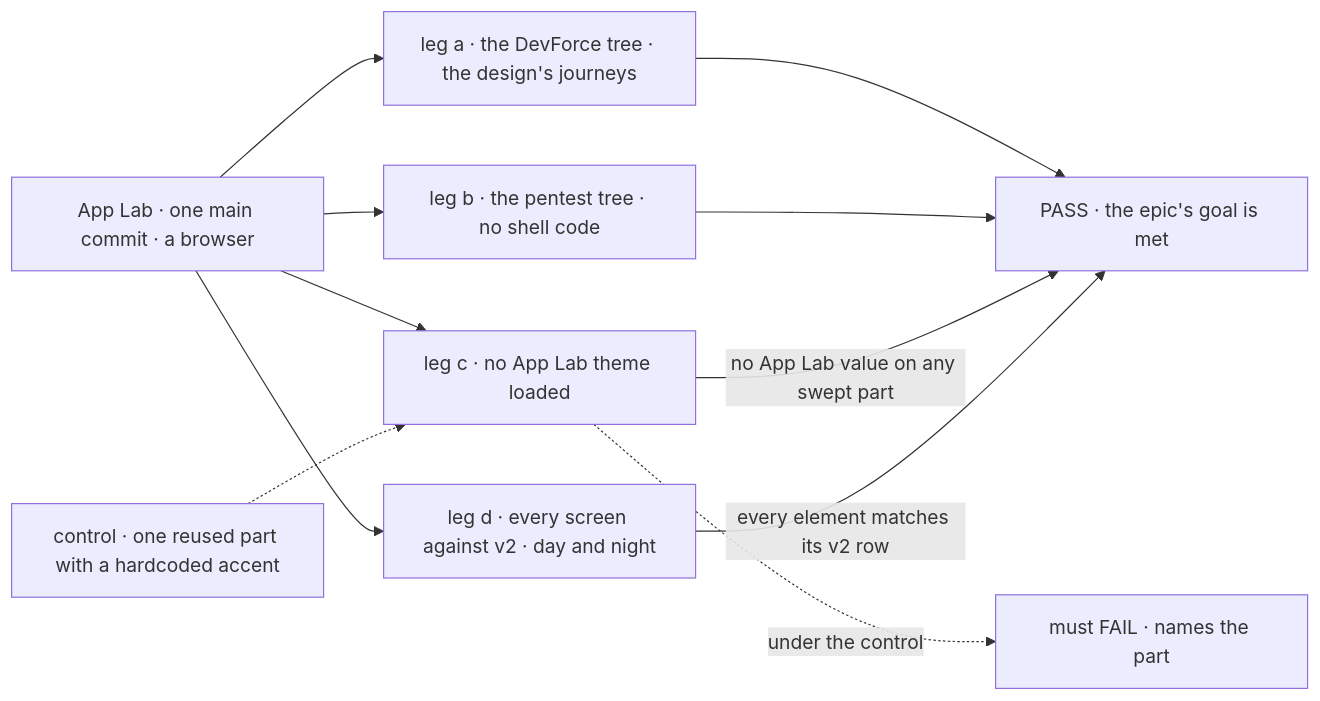
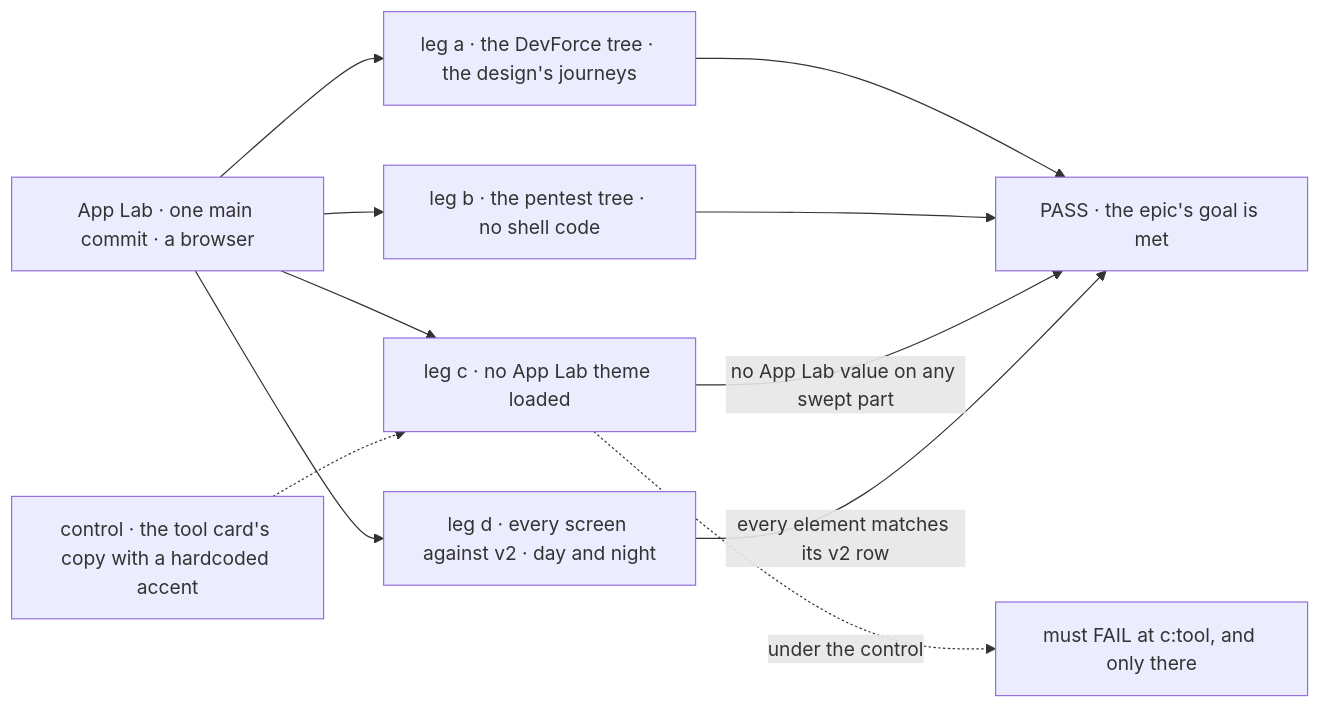
The first of 2 diagrams in specs/epics/FIX-1649/SPEC.md (fixpoint-labs/flow-state-dev), drawn with Mermaid before and after one commit. The commit also changed other lines of this file and 4 other files, not shown here.

````diff
--- a/specs/epics/FIX-1649/SPEC.md
+++ b/specs/epics/FIX-1649/SPEC.md
@@ -57,13 +64,13 @@
 ```mermaid
 flowchart LR
   A["App Lab · one main commit · a browser"] --> L1["leg a · the DevForce tree · the design's journeys"]
   A --> L2["leg b · the pentest tree · no shell code"]
   A --> L3["leg c · no App Lab theme loaded"]
   A --> L4["leg d · every screen against v2 · day and night"]
   L1 --> P["PASS · the epic's goal is met"]
   L2 --> P
   L3 -->|"no App Lab value on any swept part"| P
   L4 -->|"every element matches its v2 row"| P
-  C["control · one reused part with a hardcoded accent"] -.-> L3
-  L3 -.->|"under the control"| F["must FAIL · names the part"]
+  C["control · the tool card's copy with a hardcoded accent"] -.-> L3
+  L3 -.->|"under the control"| F["must FAIL at c:tool, and only there"]
 ```
````
